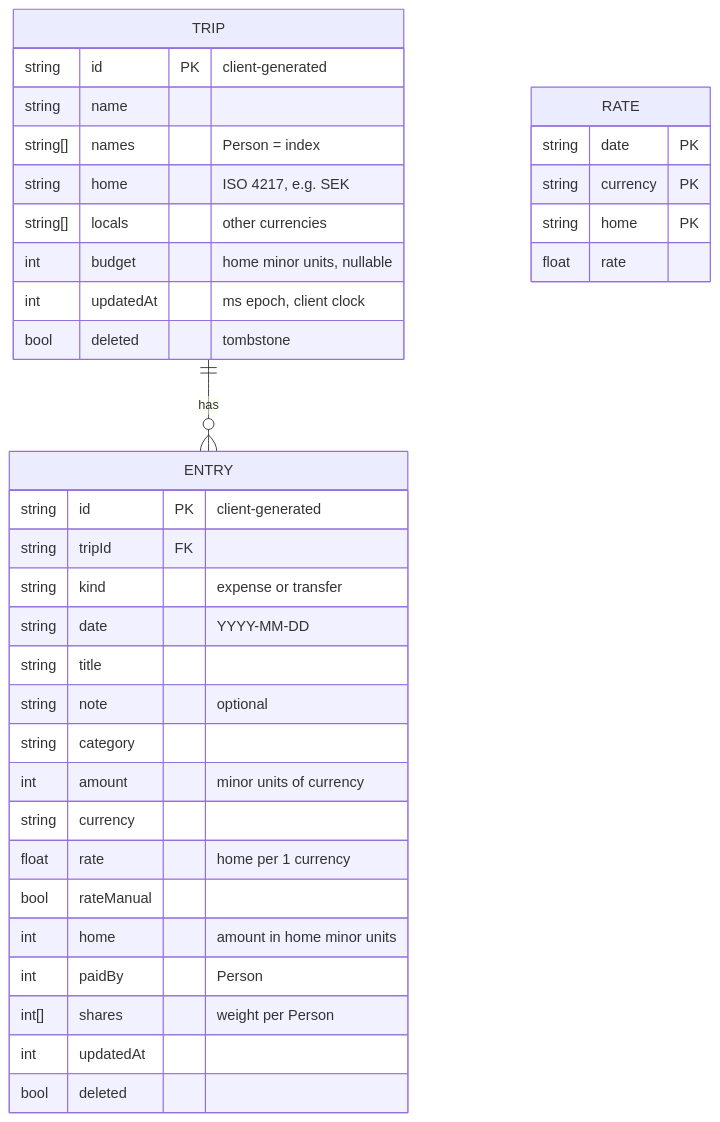
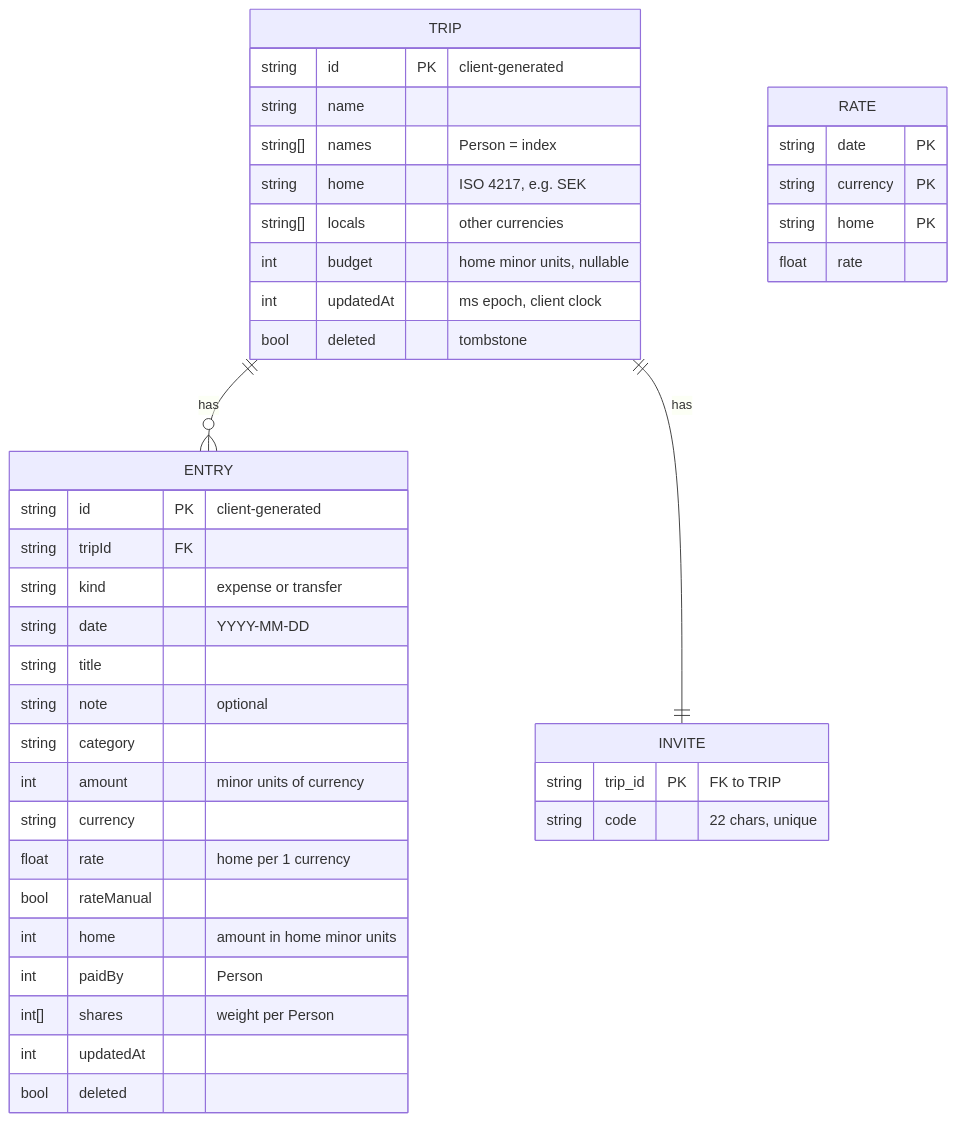
One commit to hazmah0/trip-split changed the second of 7 diagrams in docs/ARCHITECTURE.md. Above: the diagram before and after it, drawn with Mermaid. The commit also changed other lines of this file and 19 other files, not shown here.

First line of the commit message:
feat: replace the shared passcode with per-trip invite links

````diff
--- a/docs/ARCHITECTURE.md
+++ b/docs/ARCHITECTURE.md
@@ -53,38 +53,43 @@
 ```mermaid
 erDiagram
   TRIP ||--o{ ENTRY : "has"
+  TRIP ||--|| INVITE : "has"
   TRIP {
     string id PK "client-generated"
     string name
     string[] names "Person = index"
     string home "ISO 4217, e.g. SEK"
     string[] locals "other currencies"
     int budget "home minor units, nullable"
     int updatedAt "ms epoch, client clock"
     bool deleted "tombstone"
   }
   ENTRY {
     string id PK "client-generated"
     string tripId FK
     string kind "expense or transfer"
     string date "YYYY-MM-DD"
     string title
     string note "optional"
     string category
     int amount "minor units of currency"
     string currency
     float rate "home per 1 currency"
     bool rateManual
     int home "amount in home minor units"
     int paidBy "Person"
     int[] shares "weight per Person"
     int updatedAt
     bool deleted
   }
+  INVITE {
+    string trip_id PK "FK to TRIP"
+    string code "22 chars, unique"
+  }
   RATE {
     string date PK
     string currency PK
     string home PK
     float rate
   }
 ```
````
